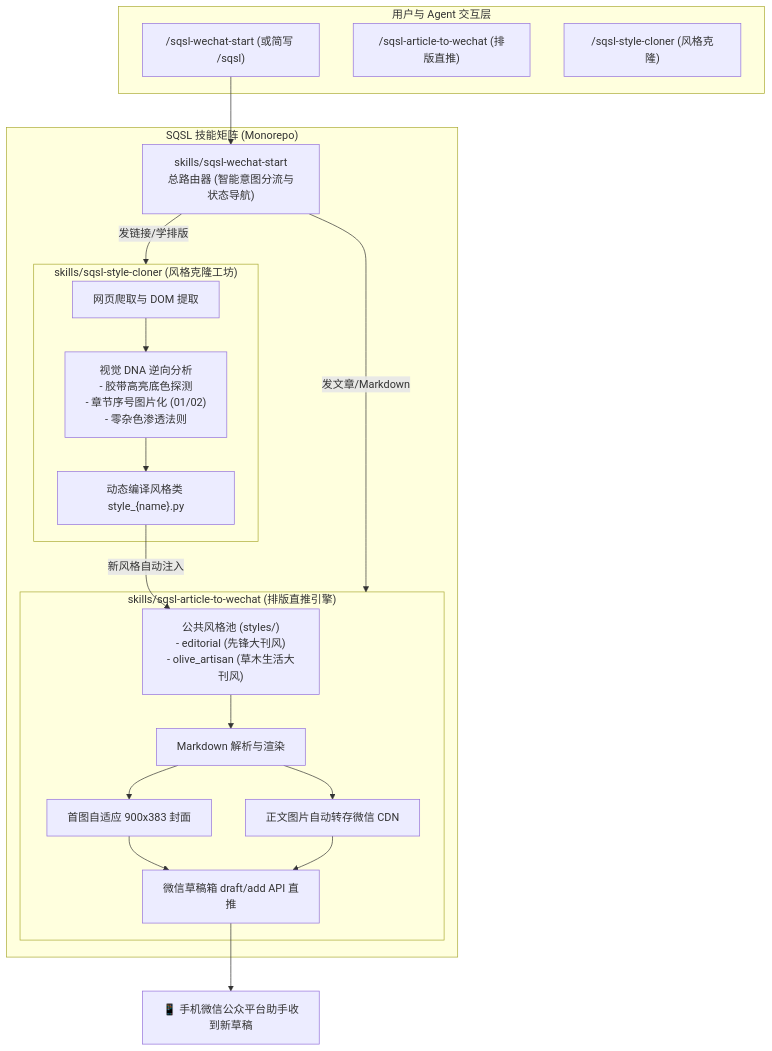
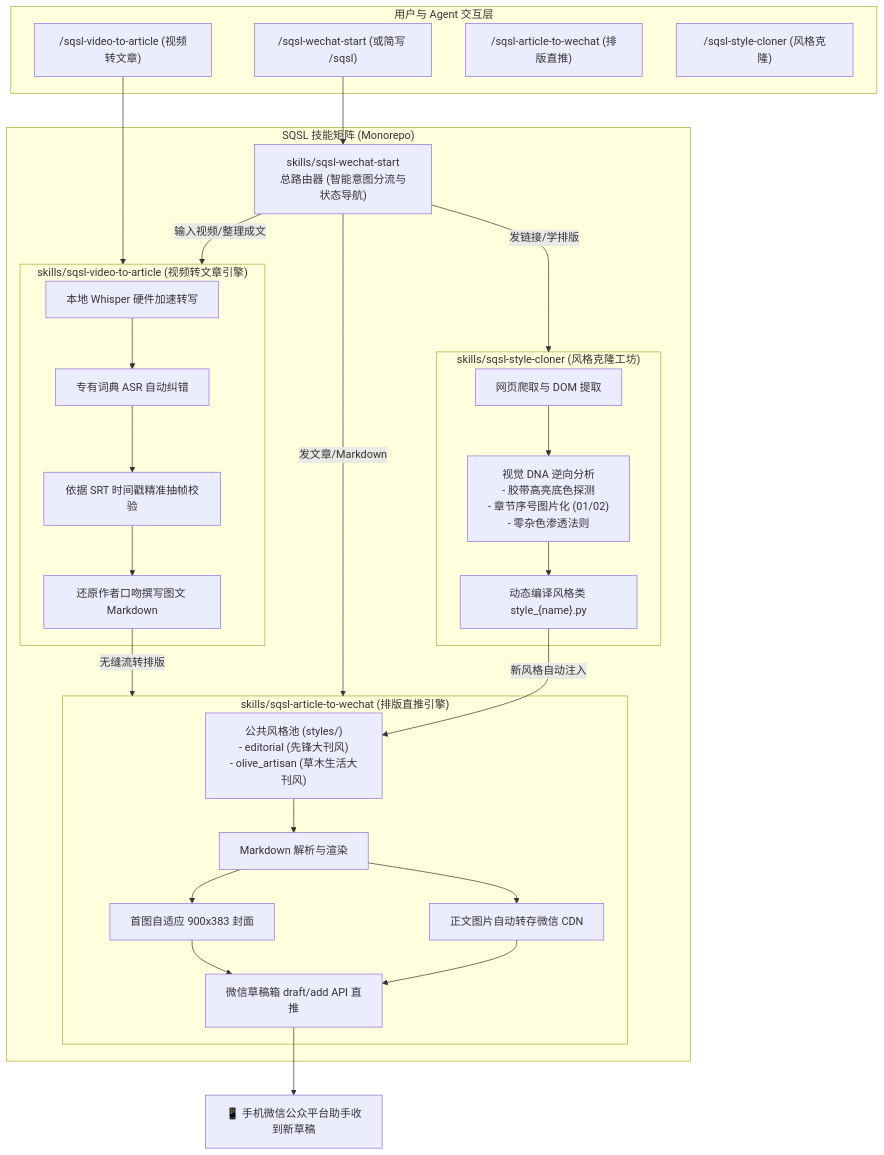
The diagram in README.md (sanqiushili/sqsl-wechat-skill), drawn with Mermaid before and after one commit. The commit also changed other lines of this file and 7 other files, not shown here.

Commit message:
feat: add sqsl-video-to-article sub-skill and integrate into suite

````diff
--- a/README.md
+++ b/README.md
@@ -61,32 +62,42 @@
 ```mermaid
 flowchart TD
     subgraph Client["用户与 Agent 交互层"]
+        Cmd0["/sqsl-video-to-article (视频转文章)"]
         Cmd1["/sqsl-wechat-start (或简写 /sqsl)"]
         Cmd2["/sqsl-article-to-wechat (排版直推)"]
         Cmd3["/sqsl-style-cloner (风格克隆)"]
     end
 
     subgraph Suite["SQSL 技能矩阵 (Monorepo)"]
         Router["skills/sqsl-wechat-start\n总路由器 (智能意图分流与状态导航)"]
         
+        subgraph Sub0["skills/sqsl-video-to-article (视频转文章引擎)"]
+            Whisper["本地 Whisper 硬件加速转写"] --> Glossary["专有词典 ASR 自动纠错"]
+            Glossary --> Frame["依据 SRT 时间戳精准抽帧校验"]
+            Frame --> DraftMD["还原作者口吻撰写图文 Markdown"]
+        end
+
         subgraph Sub1["skills/sqsl-style-cloner (风格克隆工坊)"]
             Crawler["网页爬取与 DOM 提取"] --> Analyzer["视觉 DNA 逆向分析\n- 胶带高亮底色探测\n- 章节序号图片化 (01/02)\n- 零杂色渗透法则"]
             Analyzer --> Compiler["动态编译风格类 style_{name}.py"]
         end
 
         subgraph Sub2["skills/sqsl-article-to-wechat (排版直推引擎)"]
             Pool["公共风格池 (styles/)\n- editorial (先锋大刊风)\n- olive_artisan (草木生活大刊风)"]
             MD["Markdown 解析与渲染"]
             Cover["首图自适应 900x383 封面"]
             CDN["正文图片自动转存微信 CDN"]
             Draft["微信草稿箱 draft/add API 直推"]
         end
     end
 
+    Cmd0 --> Sub0
     Cmd1 --> Router
+    Router -->|输入视频/整理成文| Sub0
     Router -->|发文章/Markdown| Sub2
     Router -->|发链接/学排版| Sub1
+    DraftMD -->|无缝流转排版| Sub2
     Compiler -->|新风格自动注入| Pool
     Pool --> MD
     MD --> Cover & CDN --> Draft --> Output["📱 手机微信公众平台助手收到新草稿"]
 ```
````
